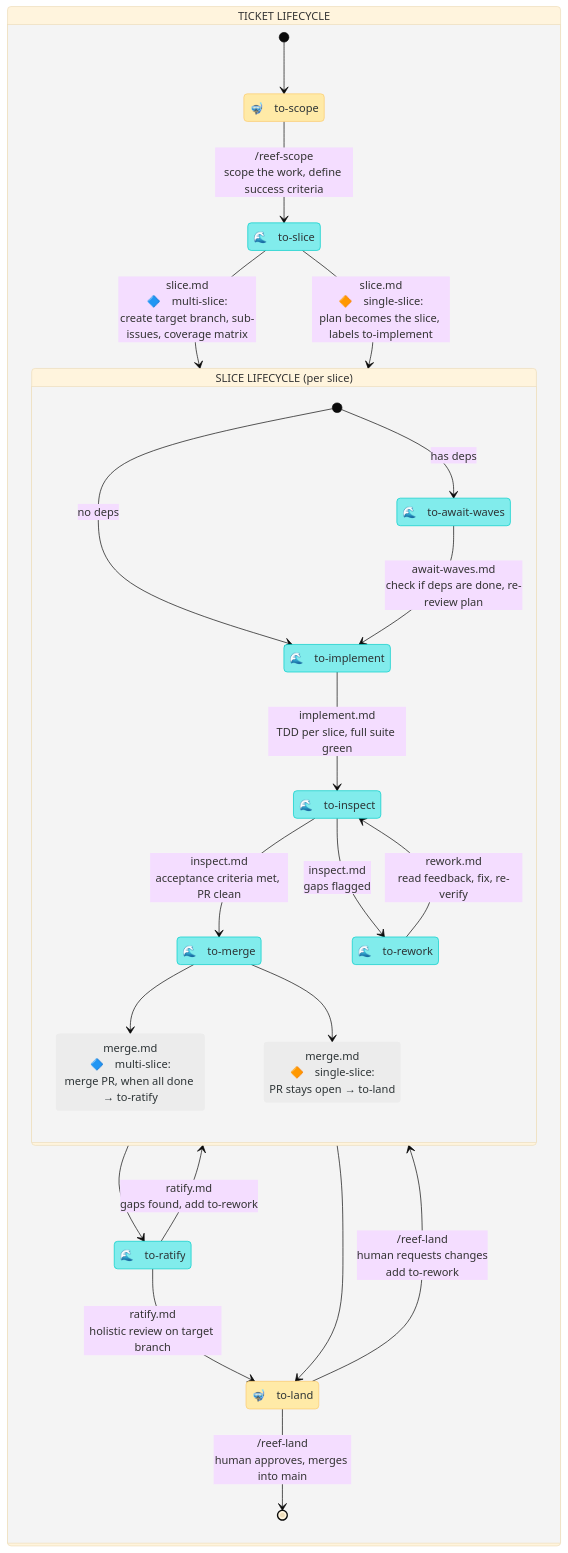
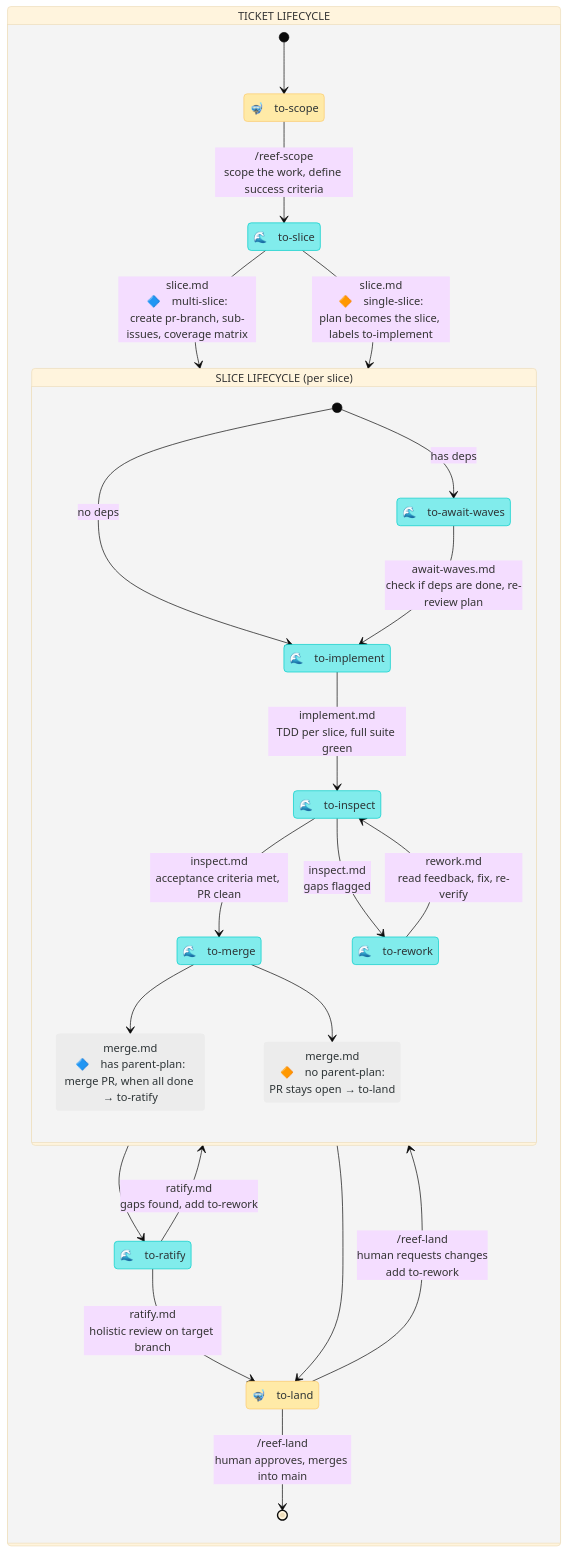
One commit to mesqueeb/moonjelly-reef changed the diagram in README.md. Above: the diagram before and after it, drawn with Mermaid (base theme). The commit also changed other lines of this file and 1 other file, not shown here.

Commit message:
8b: update UBIQUITOUS_LANGUAGE.md and README.md — drop target-branch, align with base-branch + pr-branch model

````diff
--- a/README.md
+++ b/README.md
@@ -30,51 +30,51 @@
 ```mermaid
 stateDiagram-v2
     direction TB
 
     classDef human fill:#ffeaa7,stroke:#fdcb6e,color:#2d3436
     classDef agent fill:#81ecec,stroke:#00cec9,color:#2d3436
     classDef arrow fill:#ececec,stroke:#ffffff00,color:#2d3436
 
     state "TICKET LIFECYCLE" as work {
 
         state "🤿　to-scope" as to_scope
         state "🌊　to-slice" as to_slice
         state "🌊　to-ratify" as to_ratify
         state "🤿　to-land" as to_land
 
         [*] --> to_scope
         to_scope --> to_slice : /reef-scope<br />scope the work, define success criteria
-        to_slice --> slice_lifecycle : slice.md<br />🔷　multi-slice:<br />create target branch, sub-issues, coverage matrix
+        to_slice --> slice_lifecycle : slice.md<br />🔷　multi-slice:<br />create pr-branch, sub-issues, coverage matrix
         to_slice --> slice_lifecycle : slice.md<br />🔶　single-slice:<br />plan becomes the slice, labels to-implement
         slice_lifecycle --> to_ratify
         slice_lifecycle --> to_land
         to_ratify --> to_land : ratify.md<br />holistic review on target branch
         to_ratify --> slice_lifecycle : ratify.md<br />gaps found, add to-rework
         to_land --> [*] : /reef-land<br />human approves, merges into main
         to_land --> slice_lifecycle : /reef-land<br />human requests changes<br />add to-rework
     }
 
     state "SLICE LIFECYCLE (per slice)" as slice_lifecycle {
 
         state "🌊　to-await-waves" as to_await
         state "🌊　to-implement" as to_implement
         state "🌊　to-inspect" as to_inspect
         state "🌊　to-rework" as to_rework
         state "🌊　to-merge" as to_merge
-        state "merge.md<br />🔷　multi-slice:<br />merge PR, when all done → to-ratify" as merge_multi
-        state "merge.md<br />🔶　single-slice:<br />PR stays open → to-land" as merge_single
+        state "merge.md<br />🔷　has parent-plan:<br />merge PR, when all done → to-ratify" as merge_multi
+        state "merge.md<br />🔶　no parent-plan:<br />PR stays open → to-land" as merge_single
         [*] --> to_implement : no deps
         [*] --> to_await : has deps
         to_await --> to_implement : await-waves.md<br />check if deps are done, re-review plan
         to_implement --> to_inspect : implement.md<br />TDD per slice, full suite green
         to_inspect --> to_merge : inspect.md<br />acceptance criteria met, PR clean
         to_inspect --> to_rework : inspect.md<br />gaps flagged
         to_rework --> to_inspect : rework.md<br />read feedback, fix, re-verify
         to_merge --> merge_multi
         to_merge --> merge_single
     }
 
     class to_scope,to_land human
     class to_slice,to_ratify,plan_rework,to_await,to_implement,to_inspect,to_rework,to_merge agent
     class merge_multi,merge_single arrow
 ```
````
